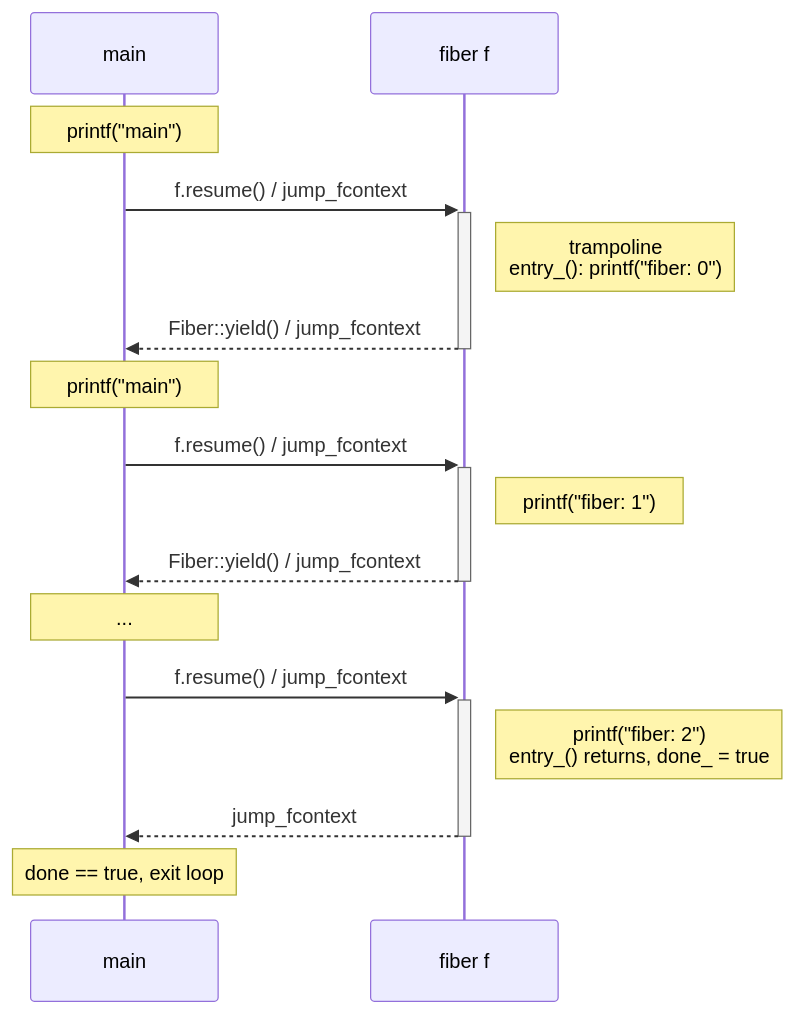
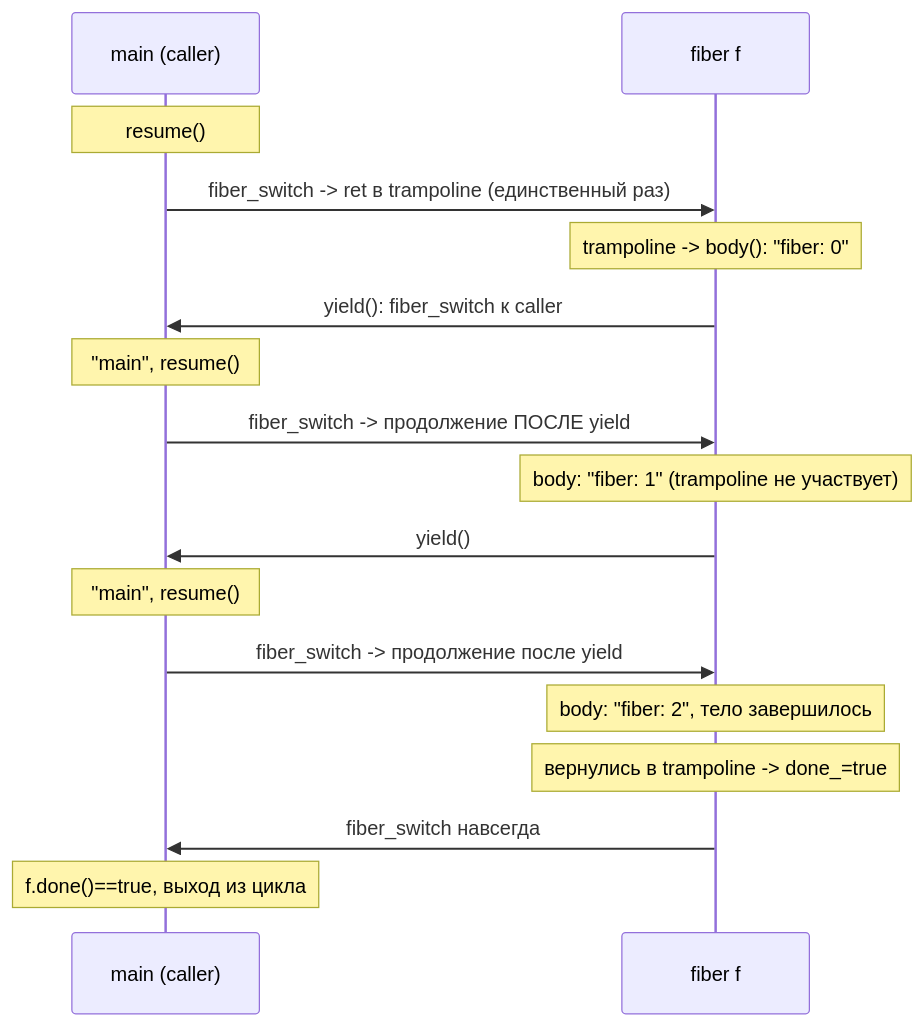
One commit to MrEndor/caos changed the first of 4 diagrams in sections/concurrency/fibers.md. Above: the diagram before and after it, drawn with Mermaid. The commit also changed other lines of this file and 17 other files, not shown here.

````diff
--- a/sections/concurrency/fibers.md
+++ b/sections/concurrency/fibers.md
@@ -309,18 +317,19 @@
 ```mermaid
 sequenceDiagram
-    participant M as main
+    participant M as main (caller)
     participant F as fiber f
-    Note over M: printf("main")
-    M->>+F: f.resume() / jump_fcontext
-    Note right of F: trampoline<br/>entry_(): printf("fiber: 0")
-    F-->>-M: Fiber::yield() / jump_fcontext
-    Note over M: printf("main")
-    M->>+F: f.resume() / jump_fcontext
-    Note right of F: printf("fiber: 1")
-    F-->>-M: Fiber::yield() / jump_fcontext
-    Note over M: ...
-    M->>+F: f.resume() / jump_fcontext
-    Note right of F: printf("fiber: 2")<br/>entry_() returns, done_ = true
-    F-->>-M: jump_fcontext
-    Note over M: done == true, exit loop
+    Note over M: resume() #1
+    M->>F: fiber_switch -> ret в trampoline (единственный раз)
+    Note over F: trampoline -> body(): "fiber: 0"
+    F->>M: yield(): fiber_switch к caller
+    Note over M: "main", resume() #2
+    M->>F: fiber_switch -> продолжение ПОСЛЕ yield
+    Note over F: body: "fiber: 1" (trampoline не участвует)
+    F->>M: yield()
+    Note over M: "main", resume() #3
+    M->>F: fiber_switch -> продолжение после yield
+    Note over F: body: "fiber: 2", тело завершилось
+    Note over F: вернулись в trampoline -> done_=true
+    F->>M: fiber_switch навсегда
+    Note over M: f.done()==true, выход из цикла
 ```
````
